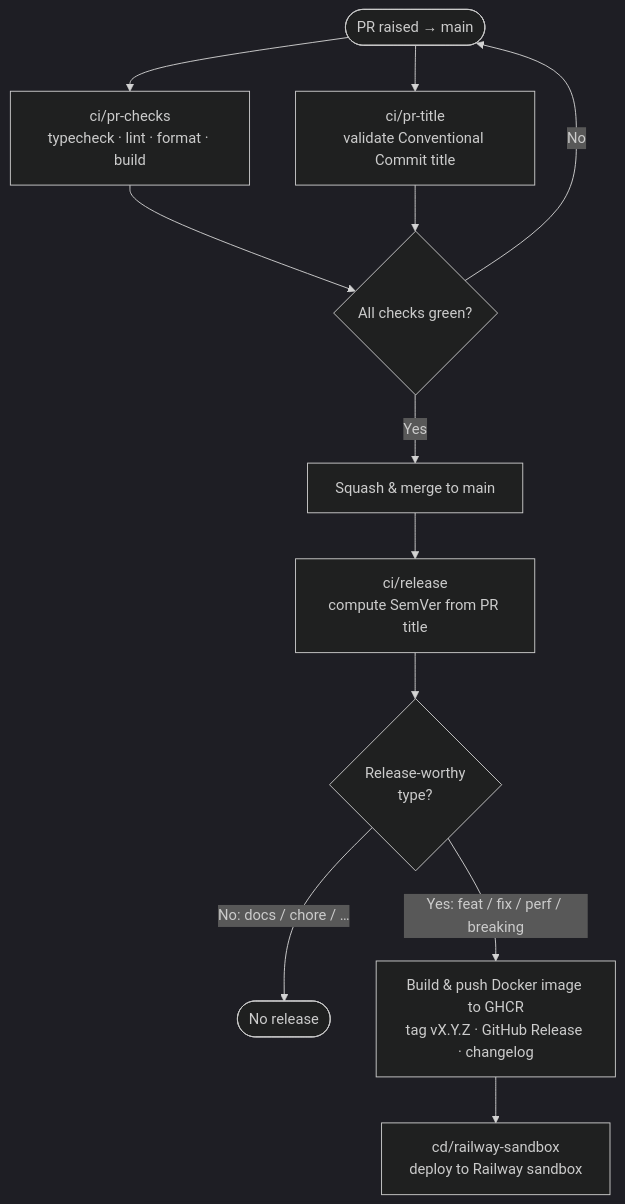
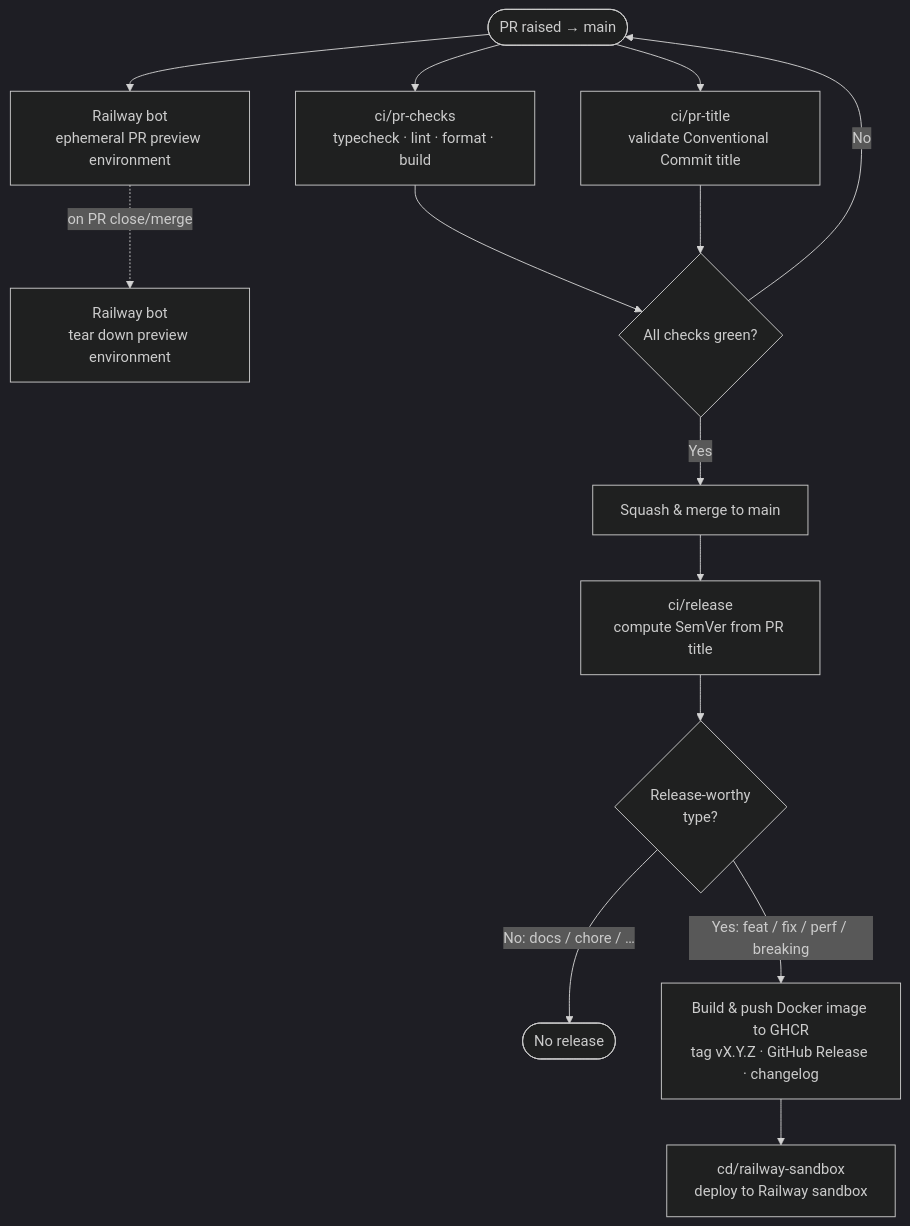
One commit to peter6055/livemaid changed the first of 2 diagrams in CONTRIBUTING.md. Above: the diagram before and after it, drawn with Mermaid (dark theme). The commit also changed other lines of this file, not shown here.

Commit message:
docs(contributing): document Railway bot-managed PR preview environments

````diff
--- a/CONTRIBUTING.md
+++ b/CONTRIBUTING.md
@@ -87,14 +88,16 @@
 ```mermaid
 flowchart TD
     A([PR raised → main]) --> B[ci/pr-checks<br/>typecheck · lint · format · build]
     A --> C[ci/pr-title<br/>validate Conventional Commit title]
+    A --> P[Railway bot<br/>ephemeral PR preview environment]
+    P -. on PR close/merge .-> Q[Railway bot<br/>tear down preview environment]
     B --> D{All checks green?}
     C --> D
     D -->|No| A
     D -->|Yes| E[Squash &amp; merge to main]
     E --> F[ci/release<br/>compute SemVer from PR title]
     F --> G{Release-worthy<br/>type?}
     G -->|No: docs / chore / …| H([No release])
     G -->|Yes: feat / fix / perf / breaking| I[Build &amp; push Docker image to GHCR<br/>tag vX.Y.Z · GitHub Release · changelog]
     I --> J[cd/railway-sandbox<br/>deploy to Railway sandbox]
 ```
````
